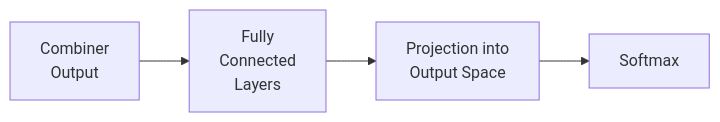
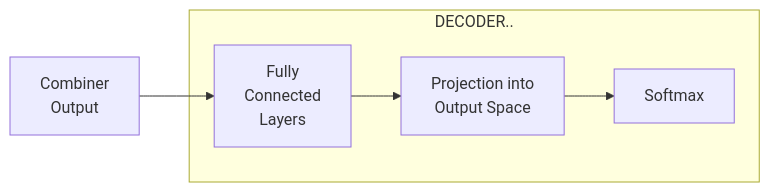
Before and after one commit to ludwig-ai/ludwig-docs: the diagram in docs/configuration/features/category_features.md, drawn with Mermaid. The commit also changed 2 other files, not shown here.

Commit message:
More graphs

````diff
--- a/docs/configuration/features/category_features.md
+++ b/docs/configuration/features/category_features.md
@@ -144,6 +144,11 @@
 ``` mermaid
 graph LR
   A["Combiner\n Output"] --> B["Fully\n Connected\n Layers"];
   B --> C["Projection into\n Output Space"];
   C --> D["Softmax"];
+  subgraph DEC["DECODER.."]
+  B
+  C
+  D
+  end
 ```
````
